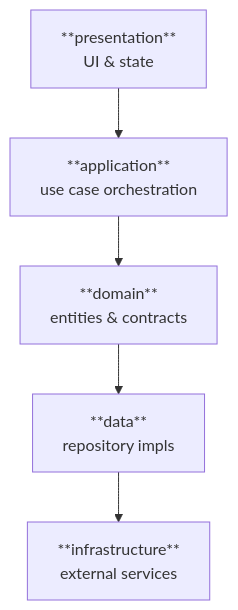
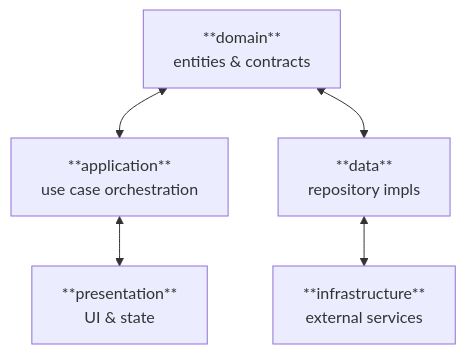
One commit to thomasfranke/flutter-clean-arch-riverpod changed the diagram in README.md. Above: the diagram before and after it, drawn with Mermaid. The commit also changed other lines of this file, not shown here.

Commit message:
docs: add license, screenshots and demo. expand tests

````diff
--- a/README.md
+++ b/README.md
@@ -13,13 +13,13 @@
 ```mermaid
 flowchart TB
+    domain["**domain**\nentities & contracts"]
+    application["**application**\nuse case orchestration"]
+    data["**data**\nrepository impls"]
     presentation["**presentation**\nUI & state"]
-    application["**application**\nuse case orchestration"]
-    domain["**domain**\nentities & contracts"]
-    data["**data**\nrepository impls"]
     infrastructure["**infrastructure**\nexternal services"]
 
-    presentation --> application
-    application --> domain
-    domain --> data
-    data --> infrastructure
+    domain <--> application
+    domain <--> data
+    application <--> presentation
+    data <--> infrastructure
 ```
````
